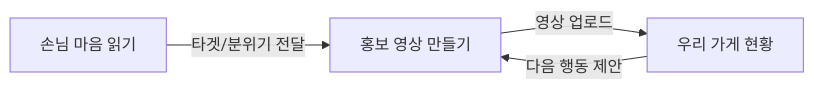
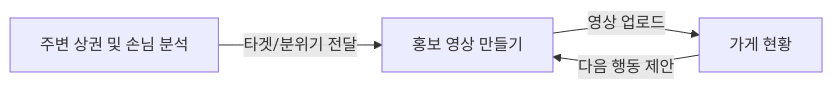
One commit to SKUnohtaekyung/pulse_FE changed the first of 2 diagrams in MD/about_pulse.md. Above: the diagram before and after it, drawn with Mermaid. The commit also changed other lines of this file and 20 other files, not shown here.

````diff
--- a/MD/about_pulse.md
+++ b/MD/about_pulse.md
@@ -368,7 +371,7 @@
 ```mermaid
 graph LR
-    A[손님 마음 읽기] -->|타겟/분위기 전달| B[홍보 영상 만들기]
-    B -->|영상 업로드| C[우리 가게 현황]
+    A[주변 상권 및 손님 분석] -->|타겟/분위기 전달| B[홍보 영상 만들기]
+    B -->|영상 업로드| C[가게 현황]
     C -->|다음 행동 제안| B
 
 ```
````
